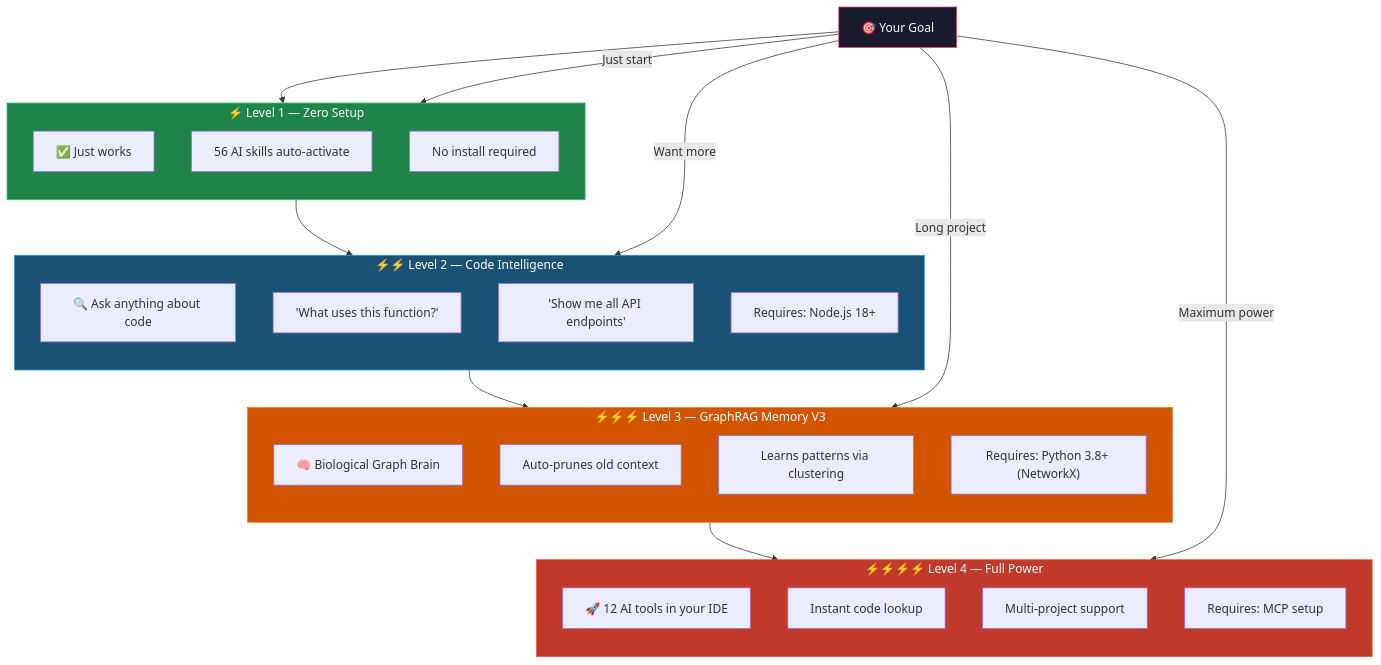
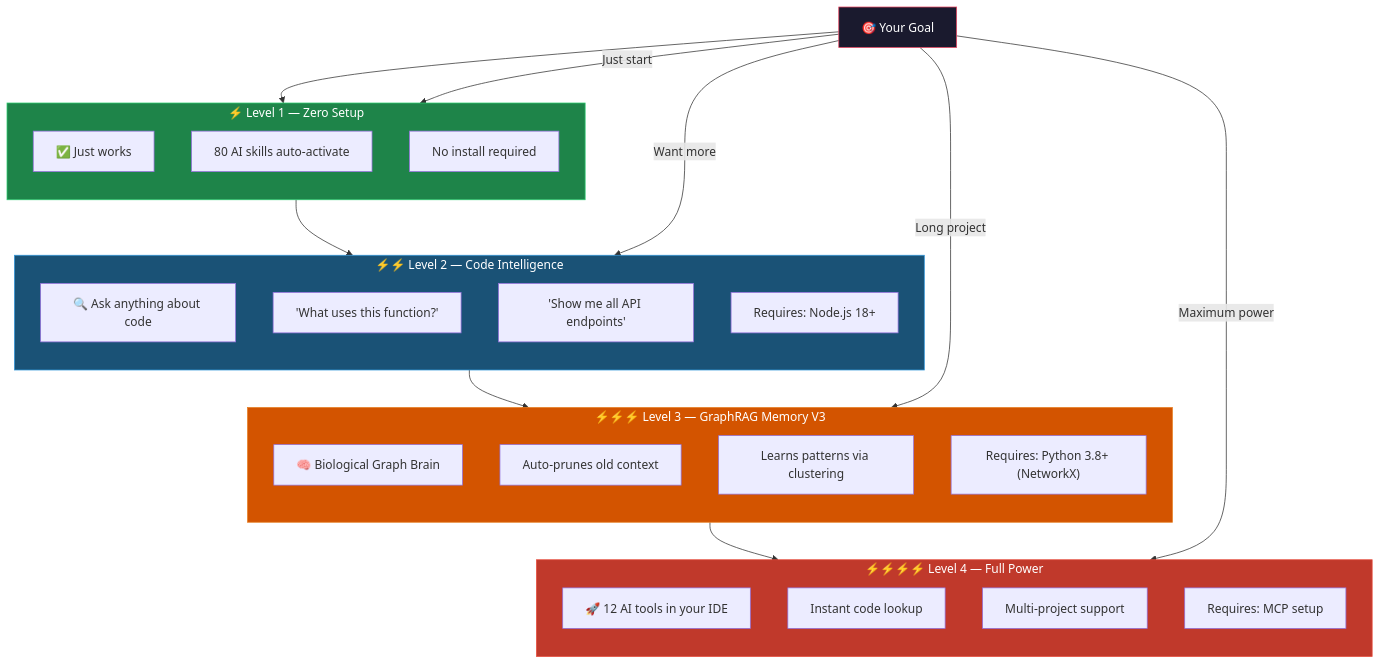
The first of 3 diagrams in README.md (buiphucminhtam/forgewright), drawn with Mermaid before and after one commit. The commit also changed other lines of this file and 10 other files, not shown here.

Commit message:
feat(memory): update READMEs to v8.7.0 with Harness Engineering and SQLite L2 Graph Memory (FluxMem) integration

````diff
--- a/README.md
+++ b/README.md
@@ -167,52 +184,52 @@
 ```mermaid
 flowchart TB
     START["🎯 Your Goal"] --> LEVEL1
 
     subgraph LEVEL1["⚡ Level 1 — Zero Setup"]
         direction TB
         L1A["✅ Just works"]
-        L1B["56 AI skills auto-activate"]
+        L1B["80 AI skills auto-activate"]
         L1C["No install required"]
     end
 
     LEVEL1 --> LEVEL2
 
     subgraph LEVEL2["⚡⚡ Level 2 — Code Intelligence"]
         direction TB
         L2A["🔍 Ask anything about code"]
         L2B["'What uses this function?'"]
         L2C["'Show me all API endpoints'"]
         L2D["Requires: Node.js 18+"]
     end
 
     LEVEL2 --> LEVEL3
 
     subgraph LEVEL3["⚡⚡⚡ Level 3 — GraphRAG Memory V3"]
         direction TB
         L3A["🧠 Biological Graph Brain"]
         L3B["Auto-prunes old context"]
         L3C["Learns patterns via clustering"]
         L3D["Requires: Python 3.8+ (NetworkX)"]
     end
 
     LEVEL3 --> LEVEL4
 
     subgraph LEVEL4["⚡⚡⚡⚡ Level 4 — Full Power"]
         direction TB
         L4A["🚀 12 AI tools in your IDE"]
         L4A2["Instant code lookup"]
         L4A3["Multi-project support"]
         L4A4["Requires: MCP setup"]
     end
 
     START -->|"Just start"| LEVEL1
     START -->|"Want more"| LEVEL2
     START -->|"Long project"| LEVEL3
     START -->|"Maximum power"| LEVEL4
 
     style START fill:#1a1a2e,stroke:#e94560,color:#fff
     style LEVEL1 fill:#1e8449,stroke:#2ecc71,color:#fff
     style LEVEL2 fill:#1a5276,stroke:#3498db,color:#fff
     style LEVEL3 fill:#d35400,stroke:#e67e22,color:#fff
     style LEVEL4 fill:#c0392b,stroke:#e74c3c,color:#fff
 ```
````
